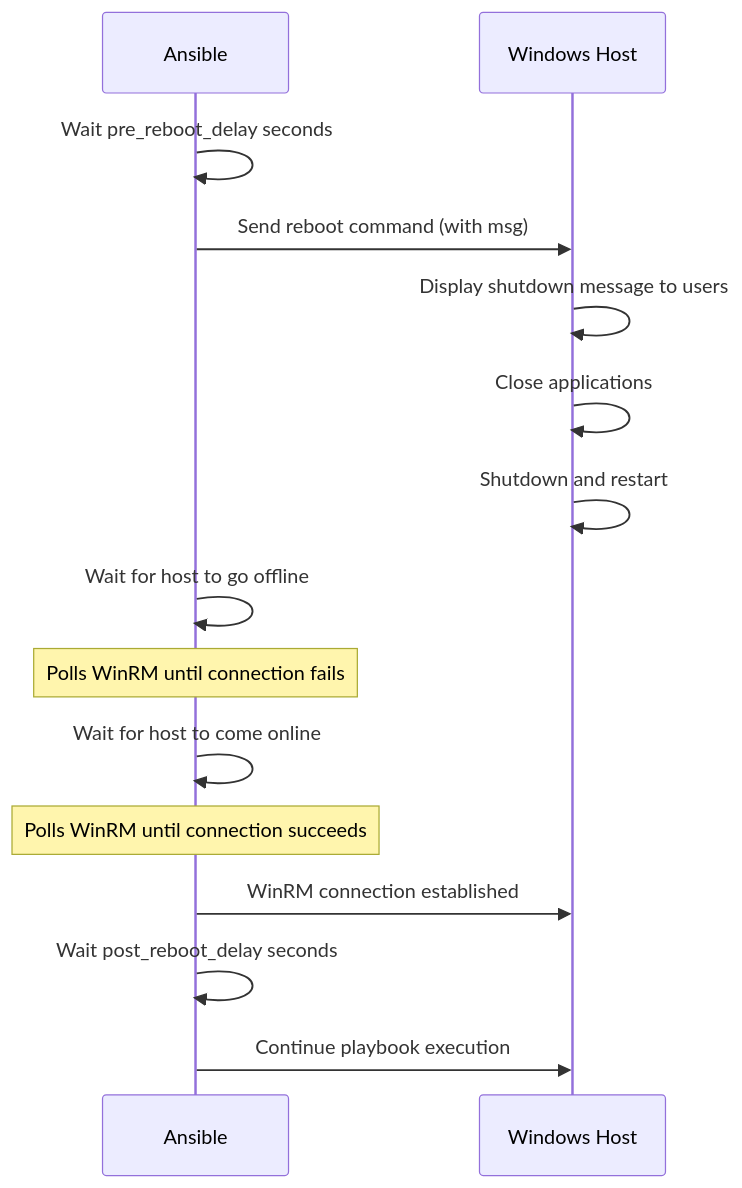
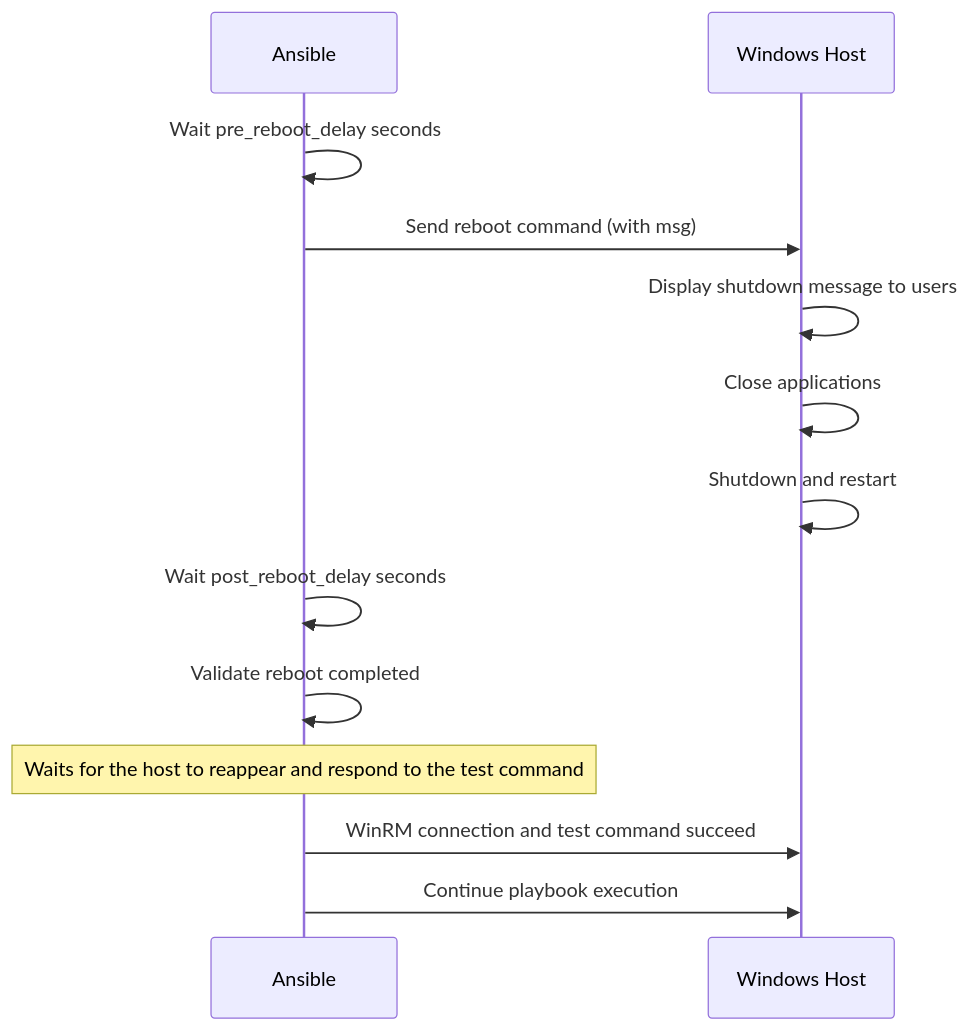
The diagram in posts/2026-02-21-how-to-use-ansible-win-reboot-module/README.md (OneUptime/blog), drawn with Mermaid before and after one commit. The commit also changed other lines of this file and 2 other files, not shown here.

Commit message:
validate: 2026-02-21-how-to-use-ansible-win-reboot-module

````diff
--- a/posts/2026-02-21-how-to-use-ansible-win-reboot-module/README.md
+++ b/posts/2026-02-21-how-to-use-ansible-win-reboot-module/README.md
@@ -220,18 +220,16 @@
 ```mermaid
 sequenceDiagram
     participant A as Ansible
     participant W as Windows Host
 
     A->>A: Wait pre_reboot_delay seconds
     A->>W: Send reboot command (with msg)
     W->>W: Display shutdown message to users
     W->>W: Close applications
     W->>W: Shutdown and restart
-    A->>A: Wait for host to go offline
-    Note over A: Polls WinRM until connection fails
-    A->>A: Wait for host to come online
-    Note over A: Polls WinRM until connection succeeds
-    A->>W: WinRM connection established
     A->>A: Wait post_reboot_delay seconds
+    A->>A: Validate reboot completed
+    Note over A: Waits for the host to reappear and respond to the test command
+    A->>W: WinRM connection and test command succeed
     A->>W: Continue playbook execution
 ```
````
